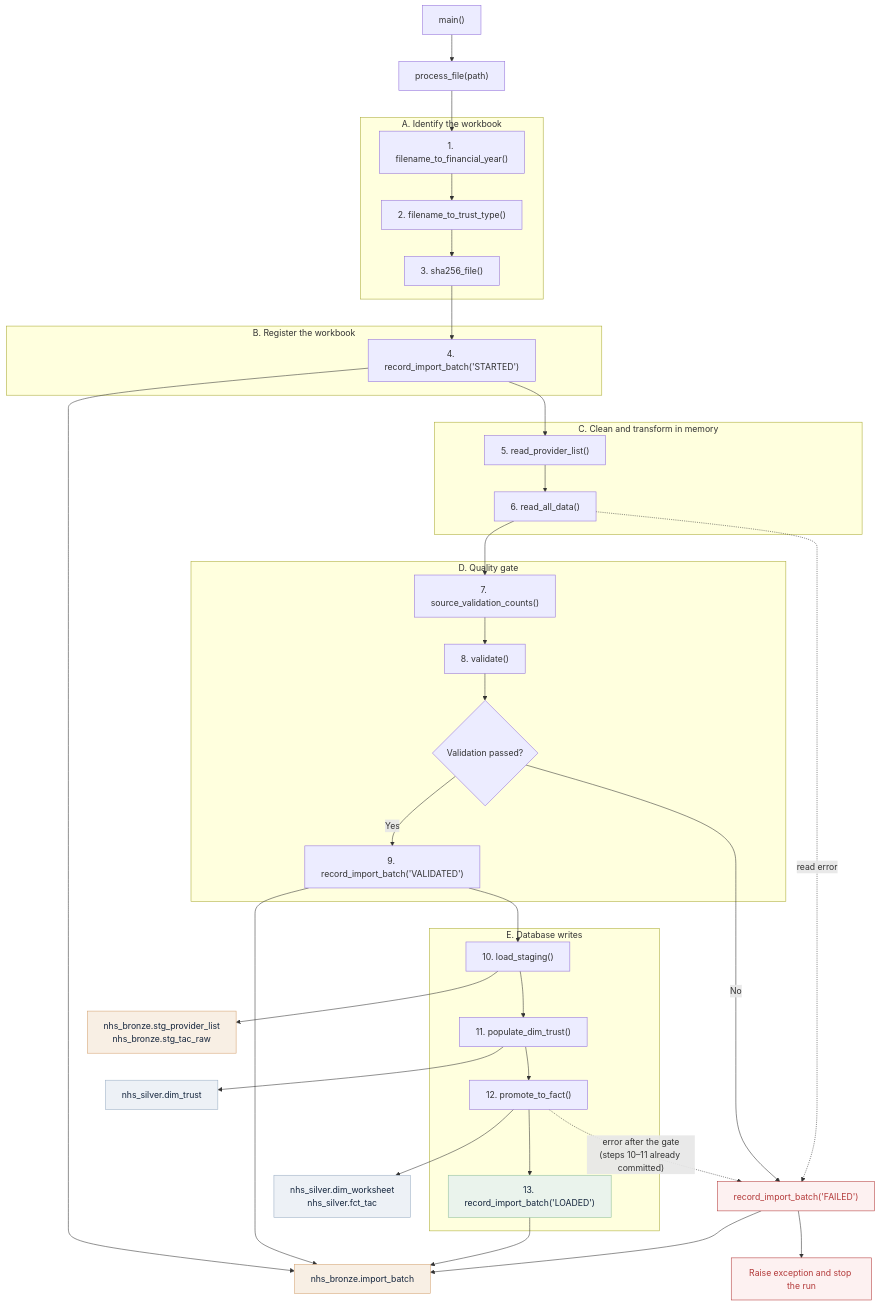
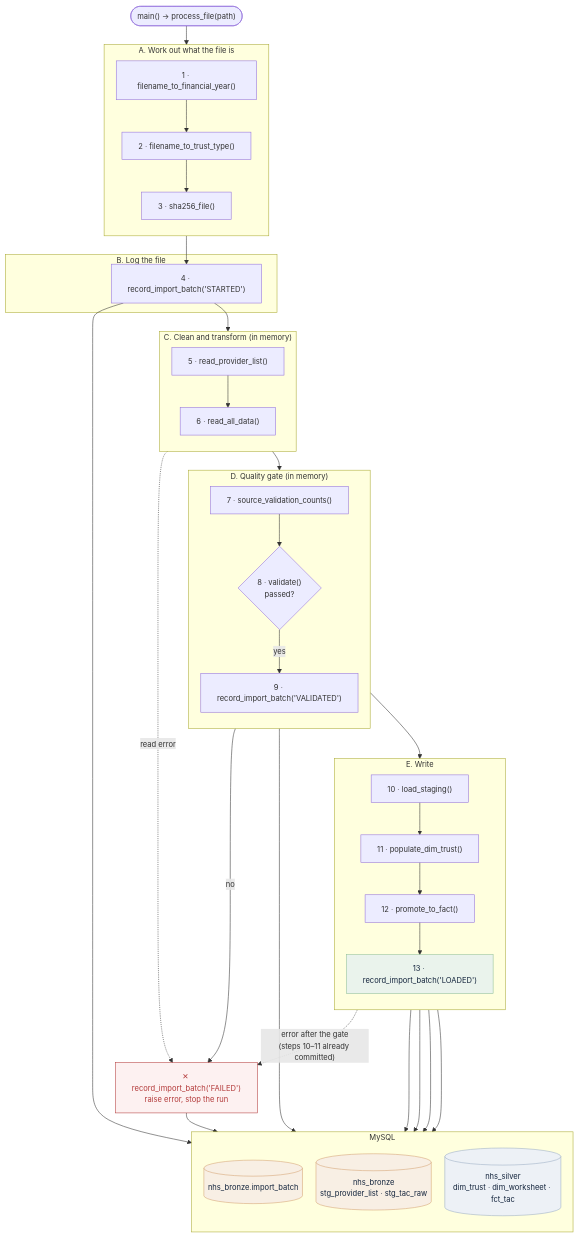
Before and after one commit to TeslimAdeyanju/NHS-Trust-Financial-Analytics: the diagram in notebook/03_data_cleaning_and_transformation/README.md, drawn with Mermaid. The commit also changed other lines of this file and 1 other file, not shown here.

Commit message:
docs: tidy stage 3 flow diagram, drop old workflow image, renumber code steps
- Mermaid diagram: compact spacing, grouped MySQL targets, one failure box
- Remove load_tac_data_workflow.png (its 01–06 numbering no longer matched)
- "How It Works in the Code" steps renumbered to match the 13-step table
- Move the source_validation_counts()/validate() note into the gate section

````diff
--- a/notebook/03_data_cleaning_and_transformation/README.md
+++ b/notebook/03_data_cleaning_and_transformation/README.md
@@ -215,67 +210,61 @@
 ```mermaid
+%%{init: {"flowchart": {"nodeSpacing": 25, "rankSpacing": 35, "curve": "basis"}, "themeVariables": {"fontSize": "14px"}}}%%
 flowchart TD
-    A["main()"] --> B["process_file(path)"]
+    START(["main() → process_file(path)"])
 
-    subgraph S1["A. Identify the workbook"]
-        C1["1. filename_to_financial_year()"]
-        C2["2. filename_to_trust_type()"]
-        C3["3. sha256_file()"]
-        C1 --> C2 --> C3
+    subgraph A["A. Work out what the file is"]
+        direction TB
+        A1["1 · filename_to_financial_year()"] --> A2["2 · filename_to_trust_type()"] --> A3["3 · sha256_file()"]
     end
 
-    subgraph S2["B. Register the workbook"]
-        D1["4. record_import_batch('STARTED')"]
+    subgraph B["B. Log the file"]
+        B4["4 · record_import_batch('STARTED')"]
     end
 
-    subgraph S3["C. Clean and transform in memory"]
-        E1["5. read_provider_list()"]
-        E2["6. read_all_data()"]
-        E1 --> E2
+    subgraph C["C. Clean and transform (in memory)"]
+        direction TB
+        C5["5 · read_provider_list()"] --> C6["6 · read_all_data()"]
     end
 
-    subgraph S4["D. Quality gate"]
-        F1["7. source_validation_counts()"]
-        F2["8. validate()"]
-        F3{"Validation passed?"}
-        F4["9. record_import_batch('VALIDATED')"]
-        F1 --> F2 --> F3
-        F3 -->|Yes| F4
+    subgraph D["D. Quality gate (in memory)"]
+        direction TB
+        D7["7 · source_validation_counts()"] --> D8{"8 · validate()<br/>passed?"}
+        D8 -->|yes| D9["9 · record_import_batch('VALIDATED')"]
     end
 
-    subgraph S5["E. Database writes"]
-        G1["10. load_staging()"]
-        G2["11. populate_dim_trust()"]
-        G3["12. promote_to_fact()"]
-        G4["13. record_import_batch('LOADED')"]
-        G1 --> G2 --> G3 --> G4
+    subgraph E["E. Write"]
+        direction TB
+        E10["10 · load_staging()"] --> E11["11 · populate_dim_trust()"] --> E12["12 · promote_to_fact()"] --> E13["13 · record_import_batch('LOADED')"]
     end
 
-    B --> C1
-    C3 --> D1
-    D1 --> E1
-    E2 --> F1
-    F4 --> G1
+    subgraph DB["MySQL"]
+        direction TB
+        AUD[("nhs_bronze.import_batch")]
+        BR[("nhs_bronze<br/>stg_provider_list · stg_tac_raw")]
+        SV[("nhs_silver<br/>dim_trust · dim_worksheet · fct_tac")]
+    end
 
-    F3 -->|No| X["record_import_batch('FAILED')"]
-    E2 -. "read error" .-> X
-    G3 -. "error after the gate<br/>(steps 10–11 already committed)" .-> X
-    X --> Y["Raise exception and stop the run"]
+    FAIL["✕ record_import_batch('FAILED')<br/>raise error, stop the run"]
 
-    D1 --> AUD["nhs_bronze.import_batch"]
-    F4 --> AUD
-    G4 --> AUD
-    X --> AUD
+    START --> A1
+    A3 --> B4 --> C5
+    C6 --> D7
+    D9 --> E10
 
-    G1 --> BR["nhs_bronze.stg_provider_list<br/>nhs_bronze.stg_tac_raw"]
-    G2 --> SI["nhs_silver.dim_trust"]
-    G3 --> SF["nhs_silver.dim_worksheet<br/>nhs_silver.fct_tac"]
+    D8 -->|no| FAIL
+    C6 -. read error .-> FAIL
+    E12 -. "error after the gate<br/>(steps 10–11 already committed)" .-> FAIL
+
+    B4 & D9 & E13 & FAIL --> AUD
+    E10 --> BR
+    E11 & E12 --> SV
 
     classDef bronze fill:#F8EFE4,stroke:#D4A373,color:#14253D
     classDef silver fill:#EDF1F6,stroke:#9AAEC4,color:#14253D
     classDef failure fill:#FDF1F1,stroke:#B33A3A,color:#B33A3A
     classDef success fill:#EAF3EC,stroke:#8FBF9A,color:#14253D
     class AUD,BR bronze
-    class SI,SF silver
-    class X,Y failure
-    class G4 success
+    class SV silver
+    class FAIL failure
+    class E13 success
 ```
````
